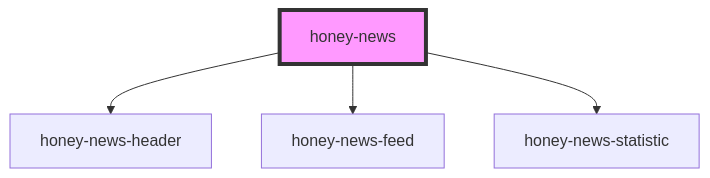
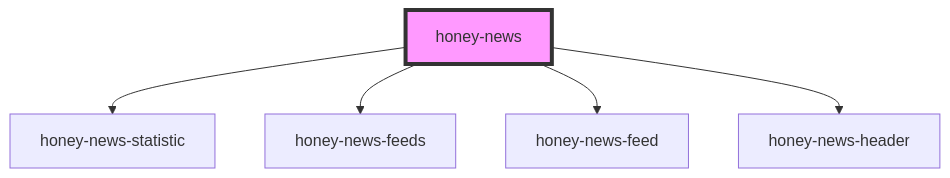
One commit to Huluvu424242/huluvu424242.github.io changed the diagram in src/components/honey-news/readme.md. Above: the diagram before and after it, drawn with Mermaid. The commit also changed other lines of this file and 26 other files, not shown here.

````diff
--- a/src/components/honey-news/readme.md
+++ b/src/components/honey-news/readme.md
@@ -22,7 +23,8 @@
 ```mermaid
 graph TD;
+  honey-news --> honey-news-statistic
+  honey-news --> honey-news-feeds
+  honey-news --> honey-news-feed
   honey-news --> honey-news-header
-  honey-news --> honey-news-feed
-  honey-news --> honey-news-statistic
   style honey-news fill:#f9f,stroke:#333,stroke-width:4px
 ```
````
